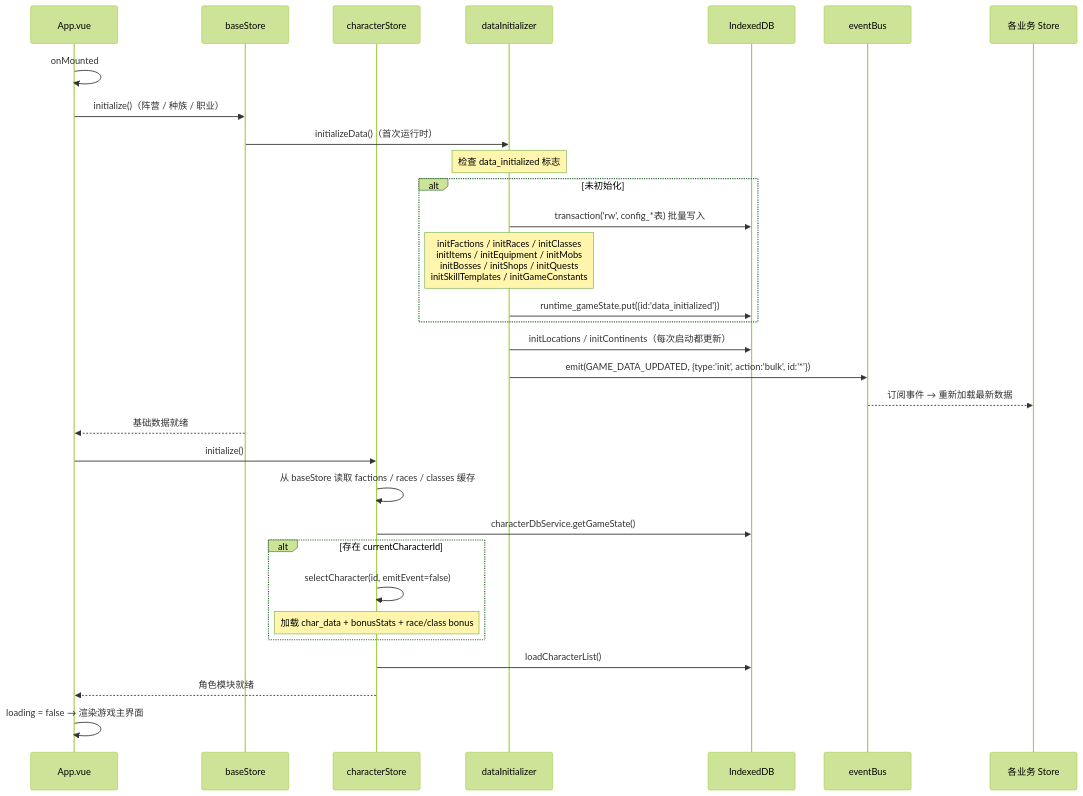
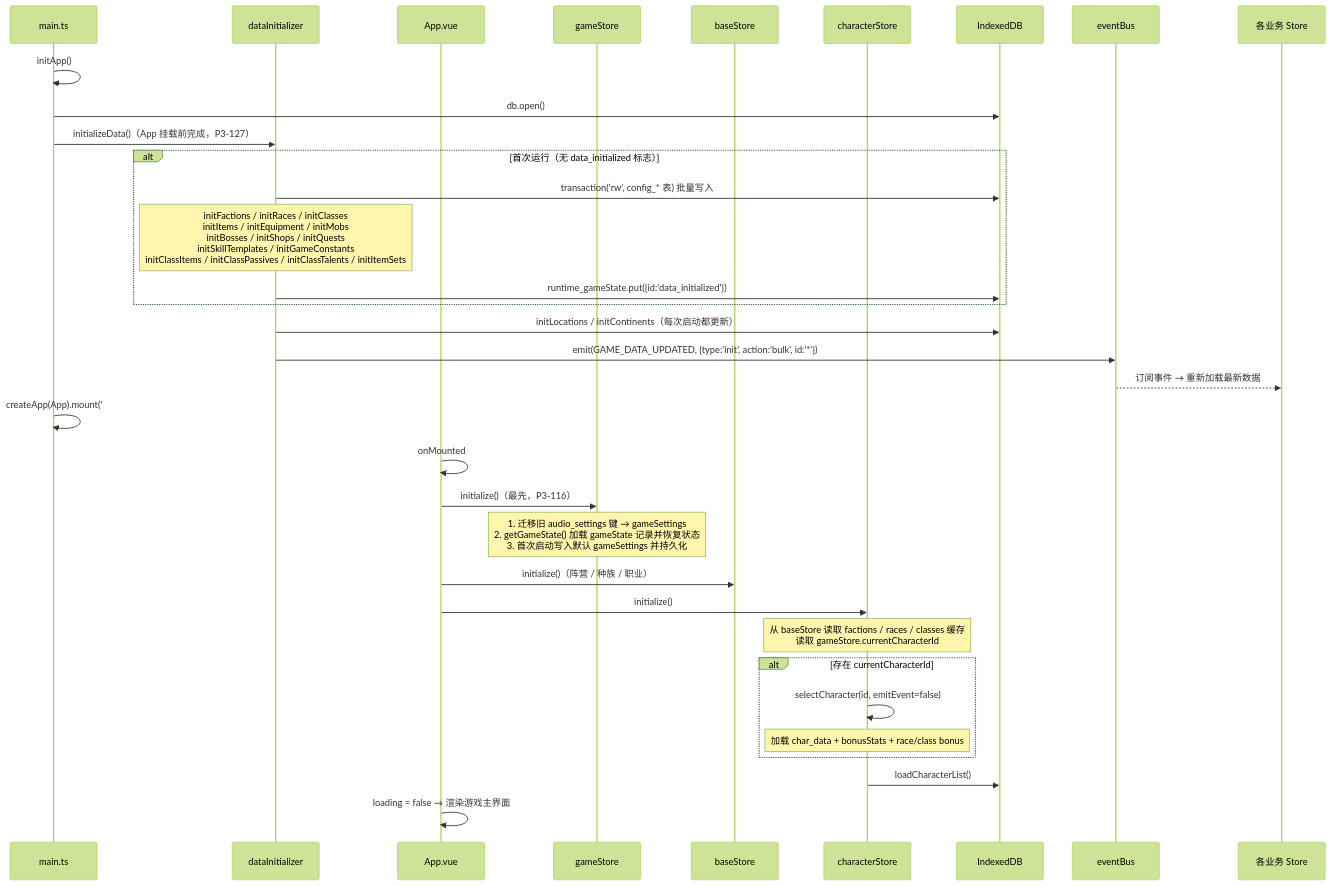
Before and after one commit to SonDemigods/wow_dnd: diagram 12 of 18 in doc/project/DATA_FLOW.md, drawn with Mermaid (forest theme). The commit also changed other lines of this file and 55 other files, not shown here.

````diff
--- a/doc/project/DATA_FLOW.md
+++ b/doc/project/DATA_FLOW.md
@@ -612,36 +654,39 @@
 ```mermaid
 sequenceDiagram
     %% 应用启动初始化流程
+    participant M as main.ts
+    participant DI as dataInitializer
     participant App as App.vue
+    participant GS as gameStore
     participant BS as baseStore
     participant CS as characterStore
-    participant DI as dataInitializer
     participant DB as IndexedDB
     participant Bus as eventBus
     participant Stores as 各业务 Store
 
-    App->>App: onMounted
-    App->>BS: initialize()（阵营 / 种族 / 职业）
-    BS->>DI: initializeData()（首次运行时）
-    Note over DI: 检查 data_initialized 标志
-    alt 未初始化
-        DI->>DB: transaction('rw', config_*表) 批量写入
-        Note over DI: initFactions / initRaces / initClasses<br/>initItems / initEquipment / initMobs<br/>initBosses / initShops / initQuests<br/>initSkillTemplates / initGameConstants
+    M->>M: initApp()
+    M->>DB: db.open()
+    M->>DI: initializeData()（App 挂载前完成，P3-127）
+    alt 首次运行（无 data_initialized 标志）
+        DI->>DB: transaction('rw', config_* 表) 批量写入
+        Note over DI: initFactions / initRaces / initClasses<br/>initItems / initEquipment / initMobs<br/>initBosses / initShops / initQuests<br/>initSkillTemplates / initGameConstants<br/>initClassItems / initClassPassives / initClassTalents / initItemSets
         DI->>DB: runtime_gameState.put({id:'data_initialized'})
     end
     DI->>DB: initLocations / initContinents（每次启动都更新）
     DI->>Bus: emit(GAME_DATA_UPDATED, {type:'init', action:'bulk', id:'*'})
     Bus-->>Stores: 订阅事件 → 重新加载最新数据
-    BS-->>App: 基础数据就绪
+    M->>M: createApp(App).mount('#app')
 
+    App->>App: onMounted
+    App->>GS: initialize()（最先，P3-116）
+    Note over GS: 1. 迁移旧 audio_settings 键 → gameSettings<br/>2. getGameState() 加载 gameState 记录并恢复状态<br/>3. 首次启动写入默认 gameSettings 并持久化
+    App->>BS: initialize()（阵营 / 种族 / 职业）
     App->>CS: initialize()
-    CS->>CS: 从 baseStore 读取 factions / races / classes 缓存
-    CS->>DB: characterDbService.getGameState()
+    Note over CS: 从 baseStore 读取 factions / races / classes 缓存<br/>读取 gameStore.currentCharacterId
     alt 存在 currentCharacterId
         CS->>CS: selectCharacter(id, emitEvent=false)
         Note over CS: 加载 char_data + bonusStats + race/class bonus
     end
     CS->>DB: loadCharacterList()
-    CS-->>App: 角色模块就绪
     App->>App: loading = false → 渲染游戏主界面
 ```
````
